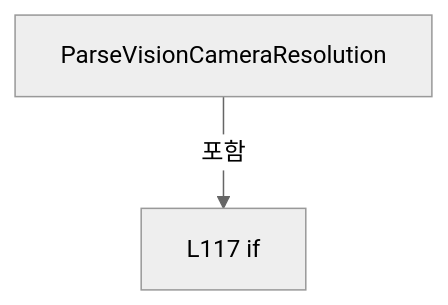
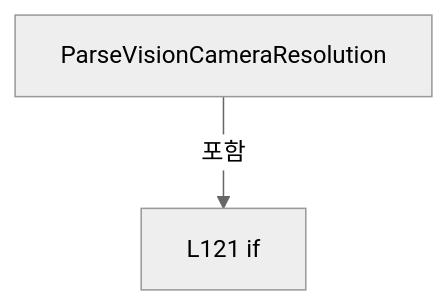
One commit to kjuws10-rgb/Shared changed the seventh of 11 diagrams in A3 LD Code Ref/files/Drilling.Common/Managers/CSettingManager.cs.md. Above: the diagram before and after it, drawn with Mermaid (neutral theme). The commit also changed other lines of this file and 2071 other files, not shown here.

Commit message:
docs(a3): update 11.19.0 architecture and code reference

````diff
--- a/A3 LD Code Ref/files/Drilling.Common/Managers/CSettingManager.cs.md
+++ b/A3 LD Code Ref/files/Drilling.Common/Managers/CSettingManager.cs.md
@@ -946,6 +991,6 @@
 ```mermaid
 flowchart TD
  M["ParseVisionCameraResolution"]
- N0["L117 if"]
+ N0["L121 if"]
  M -->|포함| N0
 ```
````
